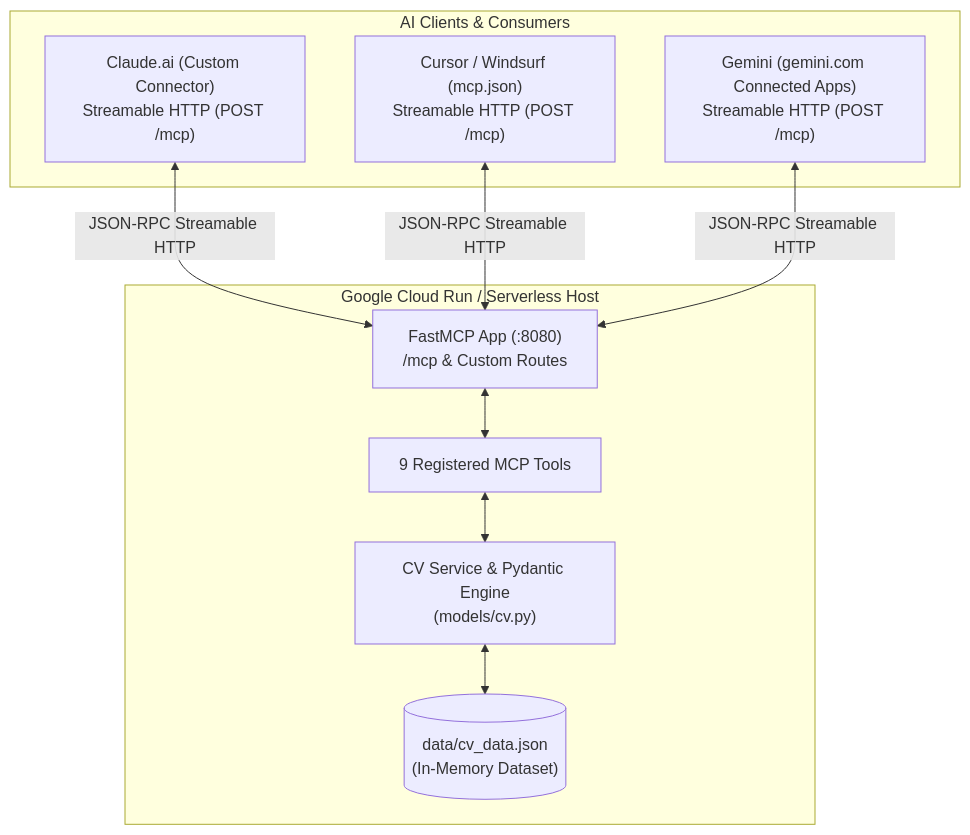
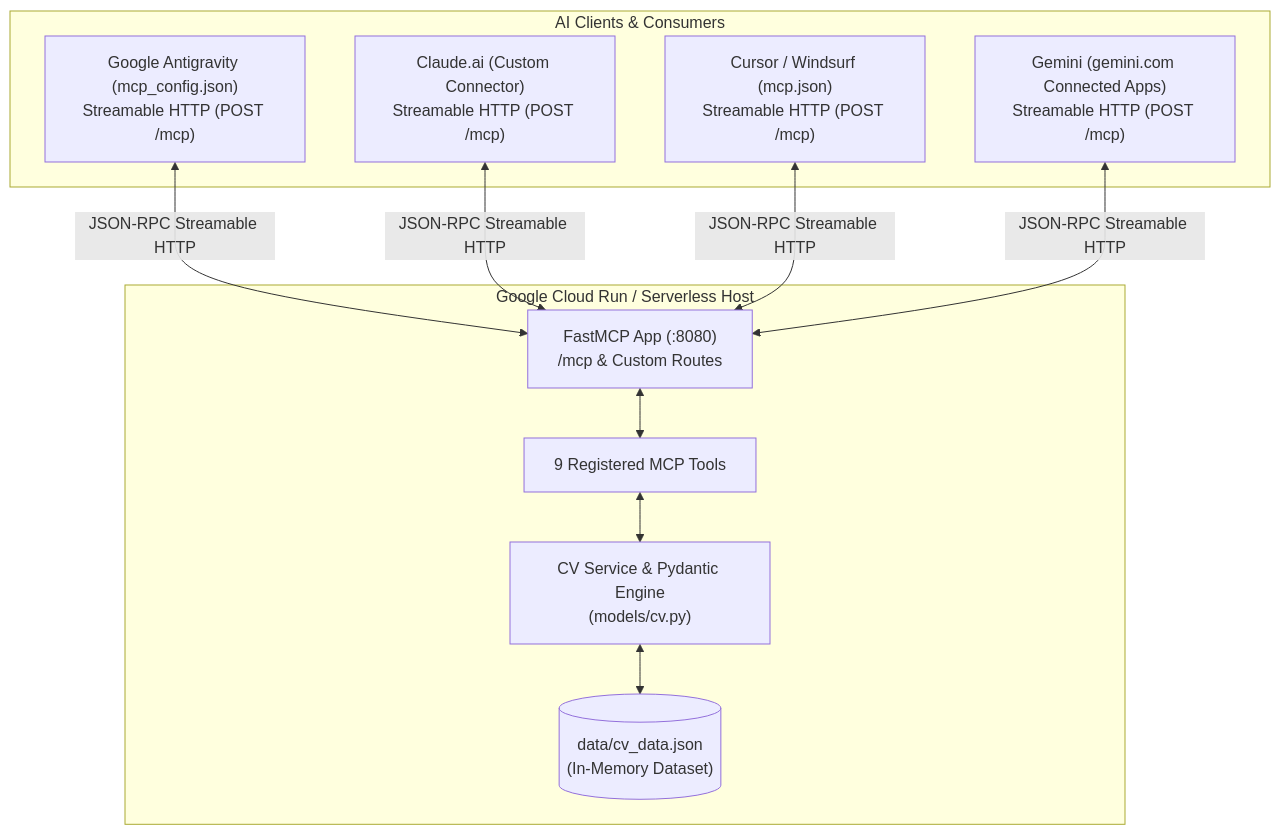
Before and after one commit to AnaCataVC/anacatalina-mcp: the diagram in README.md, drawn with Mermaid. The commit also changed other lines of this file and 2 other files, not shown here.

Commit message:
docs: document Google Antigravity MCP connection and add showcase tab

````diff
--- a/README.md
+++ b/README.md
@@ -44,22 +44,24 @@
 ```mermaid
 flowchart TD
     subgraph ClientLayer["AI Clients & Consumers"]
+        AG["Google Antigravity (mcp_config.json)<br/>Streamable HTTP (POST /mcp)"]
         A["Claude.ai (Custom Connector)<br/>Streamable HTTP (POST /mcp)"]
         B["Cursor / Windsurf (mcp.json)<br/>Streamable HTTP (POST /mcp)"]
         G["Gemini (gemini.com Connected Apps)<br/>Streamable HTTP (POST /mcp)"]
     end
 
     subgraph CloudLayer["Google Cloud Run / Serverless Host"]
         C["FastMCP App (:8080)<br/>/mcp & Custom Routes"]
         D["9 Registered MCP Tools"]
         E["CV Service & Pydantic Engine<br/>(models/cv.py)"]
         F[("data/cv_data.json<br/>(In-Memory Dataset)")]
     end
 
+    AG <-->|"JSON-RPC Streamable HTTP"| C
     A <-->|"JSON-RPC Streamable HTTP"| C
     B <-->|"JSON-RPC Streamable HTTP"| C
     G <-->|"JSON-RPC Streamable HTTP"| C
     C <--> D
     D <--> E
     E <--> F
 ```
````
